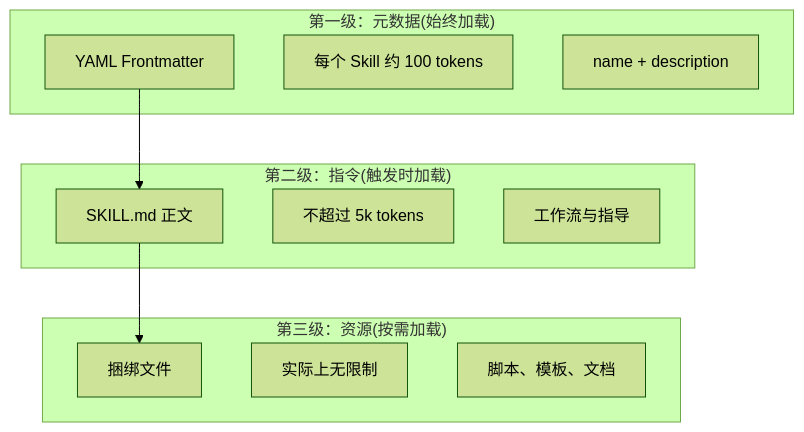
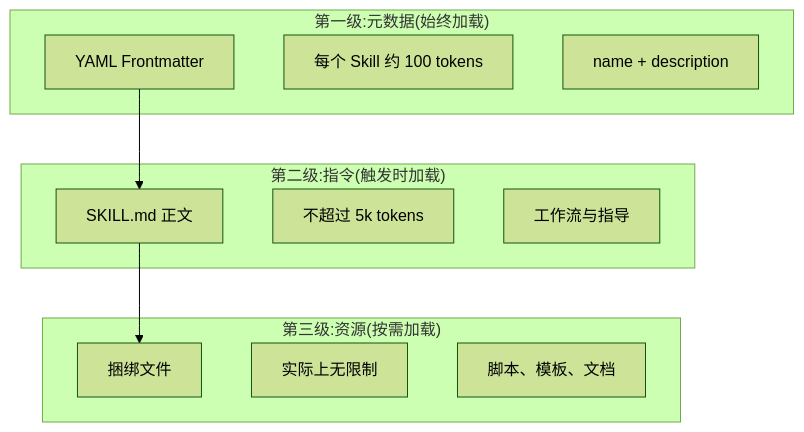
One commit to Rx782-Fss/claude-howto-zh changed the first of 2 diagrams in 03-skills/README.md. Above: the diagram before and after it, drawn with Mermaid (forest theme). The commit also changed other lines of this file and 6 other files, not shown here.

Commit message:
fix: 清除 Mermaid 内所有全角标点/emoji/<br/> (最终修复)

````diff
--- a/03-skills/README.md
+++ b/03-skills/README.md
@@ -32,23 +32,23 @@
 ```mermaid
 graph TB
-    subgraph "第一级：元数据(始终加载)"
+    subgraph "第一级:元数据(始终加载)"
         A["YAML Frontmatter"]
         A1["每个 Skill 约 100 tokens"]
         A2["name + description"]
     end
 
-    subgraph "第二级：指令(触发时加载)"
+    subgraph "第二级:指令(触发时加载)"
         B["SKILL.md 正文"]
         B1["不超过 5k tokens"]
         B2["工作流与指导"]
     end
 
-    subgraph "第三级：资源(按需加载)"
+    subgraph "第三级:资源(按需加载)"
         C["捆绑文件"]
         C1["实际上无限制"]
         C2["脚本、模板、文档"]
     end
 
     A --> B
     B --> C
 ```
````
